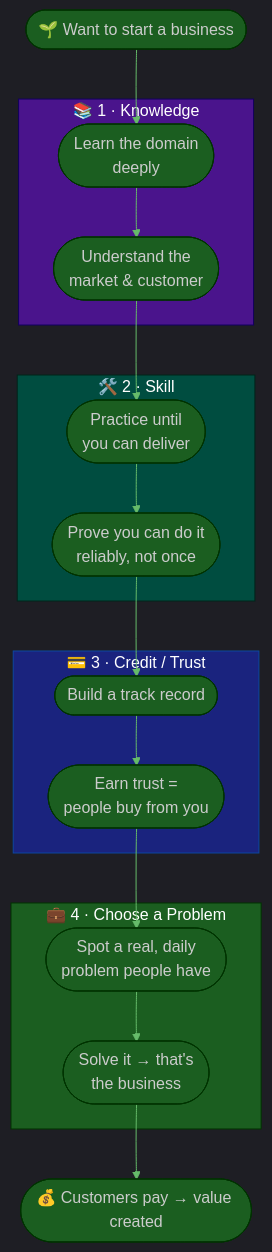
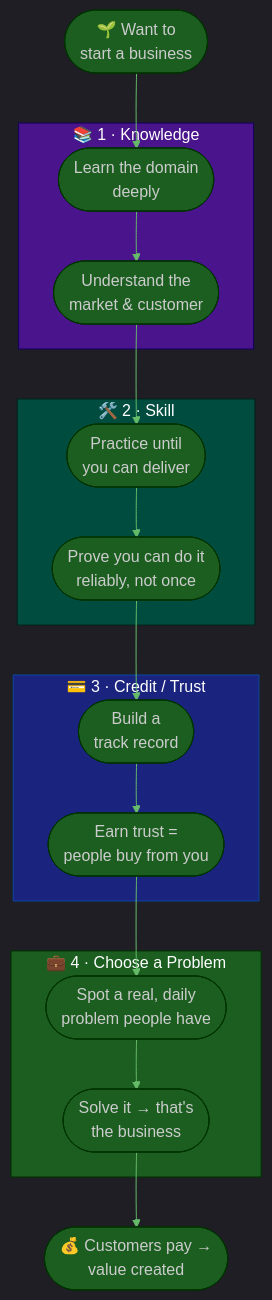
One commit to GuideStack/iblogger-feeds changed the diagram in feeds/procedures/startup/foundations/01-four-foundations-of-starting-a-business.md. Above: the diagram before and after it, drawn with Mermaid. The commit also changed 1 other file, not shown here.

Commit message:
Wrap long Mermaid node labels with <br> to prevent overflow
Add line breaks to the longest single-line node labels in the two talk docs
(four-foundations: "want to start a business", "build a track record",
"customers pay → value created"; painting-loop: Documents and Mindset nodes)
so text no longer clips/overflows the node box.

````diff
--- a/feeds/procedures/startup/foundations/01-four-foundations-of-starting-a-business.md
+++ b/feeds/procedures/startup/foundations/01-four-foundations-of-starting-a-business.md
@@ -44,35 +44,35 @@
 ```mermaid
 %%{init: {'theme': 'dark', 'themeVariables': {'primaryColor': '#1b5e20', 'primaryBorderColor': '#003300', 'primaryTextColor': '#ffffff', 'lineColor': '#66bb6a', 'secondaryColor': '#1a237e', 'tertiaryColor': '#4a148c', 'background': '#1e1e1e', 'mainBkg': '#1b5e20', 'nodeBorder': '#003300', 'clusterBkg': '#263238', 'titleColor': '#ffffff', 'edgeLabelBackground': '#263238'},
   'themeCSS': 'svg { background-color: #1e1e1e !important; padding: 1rem !important; border-radius: 8px !important; } text, tspan { fill: #ffffff !important; } .edgeLabel rect { fill: #1e1e1e !important; }'
 }}%%
 flowchart TD
-    START([🌱 Want to start a business])
+    START([🌱 Want to<br>start a business])
 
     subgraph F1 ["📚 1 · Knowledge"]
         K1([Learn the domain<br>deeply])
         K2([Understand the<br>market & customer])
     end
 
     subgraph F2 ["🛠️ 2 · Skill"]
         S1([Practice until<br>you can deliver])
         S2([Prove you can do it<br>reliably, not once])
     end
 
     subgraph F3 ["💳 3 · Credit / Trust"]
-        C1([Build a track record])
+        C1([Build a<br>track record])
         C2([Earn trust =<br>people buy from you])
     end
 
     subgraph F4 ["💼 4 · Choose a Problem"]
         P1([Spot a real, daily<br>problem people have])
         P2([Solve it → that's<br>the business])
     end
 
     START --> K1 --> K2 --> S1 --> S2 --> C1 --> C2 --> P1 --> P2
-    P2 --> VALUE([💰 Customers pay → value created])
+    P2 --> VALUE([💰 Customers pay →<br>value created])
 
     style F1 fill:#4a148c,stroke:#12005e,color:#fff
     style F2 fill:#004d40,stroke:#00251a,color:#fff
     style F3 fill:#1a237e,stroke:#0d47a1,color:#fff
     style F4 fill:#1b5e20,stroke:#003300,color:#fff
 ```
````
